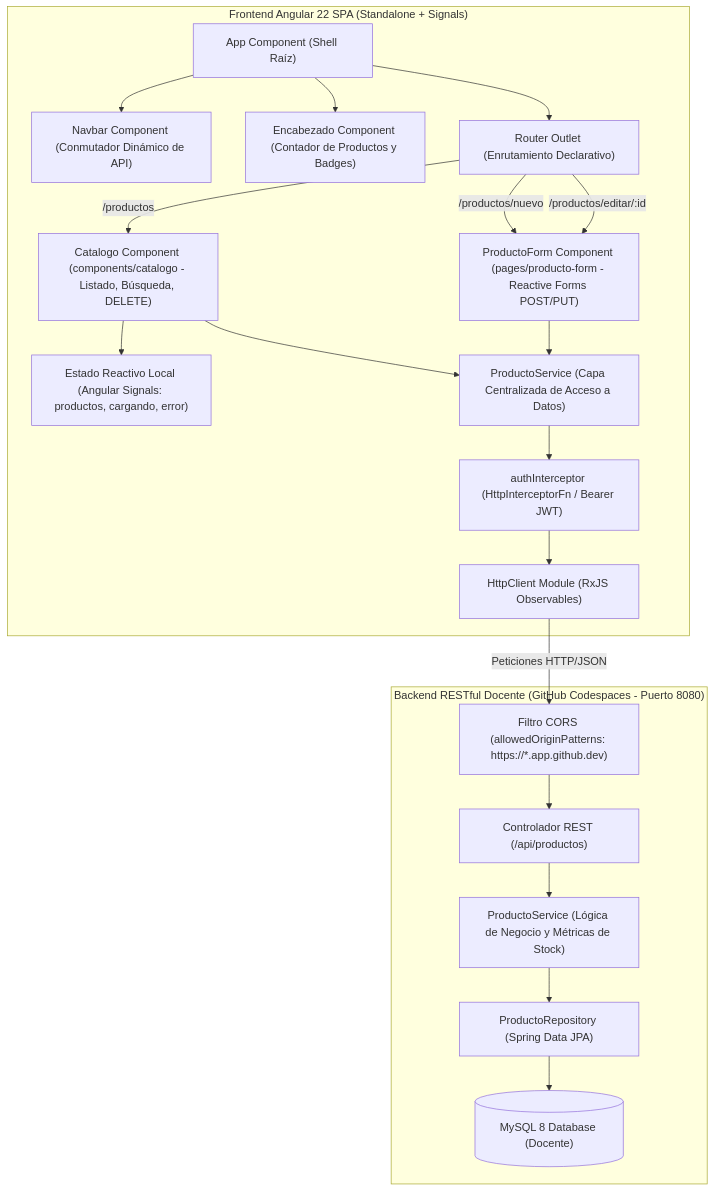
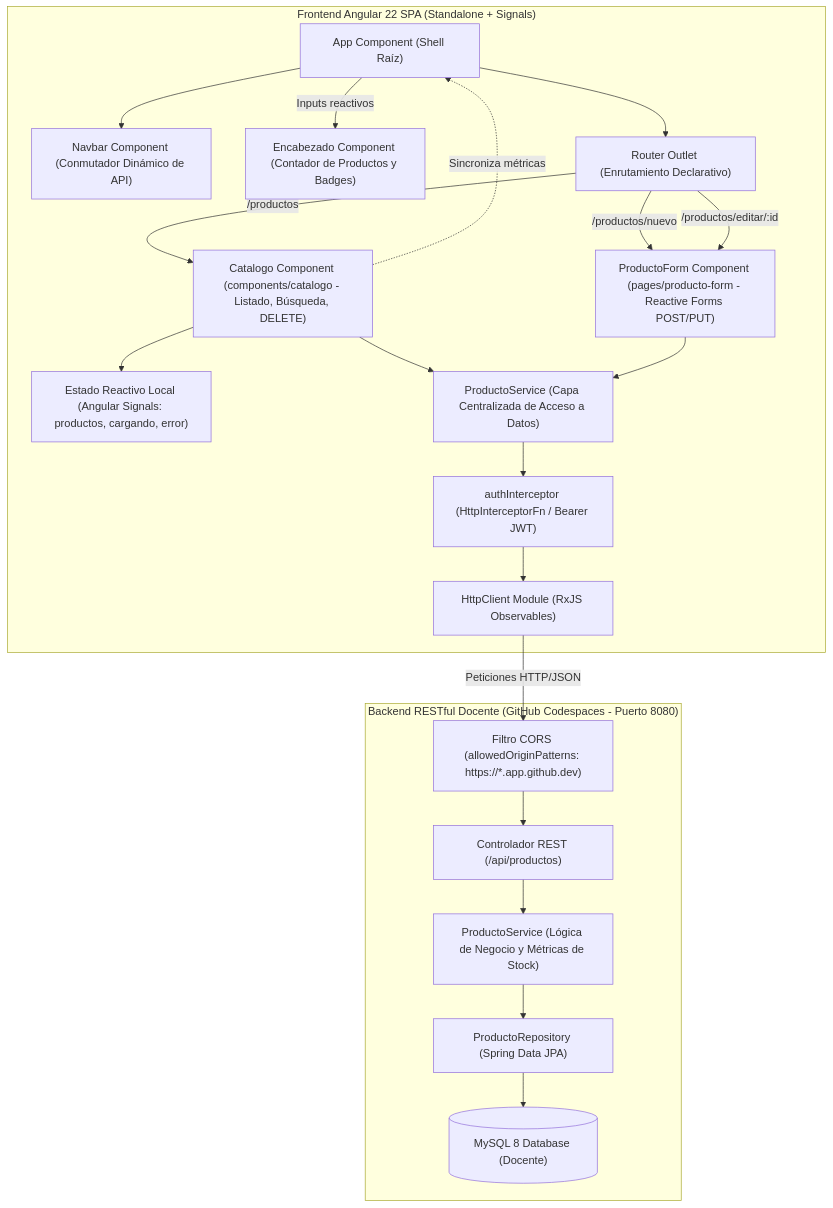
One commit to Orlandho/SWAD-LAB08-UPN-angular-consumo-api-docente-codespaces changed the diagram in README.md. Above: the diagram before and after it, drawn with Mermaid. The commit also changed other lines of this file and 11 other files, not shown here.

````diff
--- a/README.md
+++ b/README.md
@@ -45,41 +45,42 @@
 ```mermaid
 graph TD
     subgraph Frontend["Frontend Angular 22 SPA (Standalone + Signals)"]
         AppRoot["App Component (Shell Raíz)"]
         Navbar["Navbar Component (Conmutador Dinámico de API)"]
         Encabezado["Encabezado Component (Contador de Productos y Badges)"]
         RouterOutlet["Router Outlet (Enrutamiento Declarativo)"]
         Catalogo["Catalogo Component (components/catalogo - Listado, Búsqueda, DELETE)"]
         ProductoForm["ProductoForm Component (pages/producto-form - Reactive Forms POST/PUT)"]
         Signals["Estado Reactivo Local (Angular Signals: productos, cargando, error)"]
         DataService["ProductoService (Capa Centralizada de Acceso a Datos)"]
         Interceptor["authInterceptor (HttpInterceptorFn / Bearer JWT)"]
         HttpClient["HttpClient Module (RxJS Observables)"]
 
         AppRoot --> Navbar
-        AppRoot --> Encabezado
+        AppRoot -->|Inputs reactivos| Encabezado
         AppRoot --> RouterOutlet
         RouterOutlet -->|/productos| Catalogo
         RouterOutlet -->|/productos/nuevo| ProductoForm
         RouterOutlet -->|/productos/editar/:id| ProductoForm
+        Catalogo -.->|Sincroniza métricas| AppRoot
         Catalogo --> Signals
         Catalogo --> DataService
         ProductoForm --> DataService
         DataService --> Interceptor
         Interceptor --> HttpClient
     end
 
     subgraph Backend["Backend RESTful Docente (GitHub Codespaces - Puerto 8080)"]
         CORS["Filtro CORS (allowedOriginPatterns: https://*.app.github.dev)"]
         Gateway["Controlador REST (/api/productos)"]
         Service["ProductoService (Lógica de Negocio y Métricas de Stock)"]
         Repo["ProductoRepository (Spring Data JPA)"]
         DB[("MySQL 8 Database (Docente)")]
 
         HttpClient -->|Peticiones HTTP/JSON| CORS
         CORS --> Gateway
         Gateway --> Service
         Service --> Repo
         Repo --> DB
     end
 ```
````
